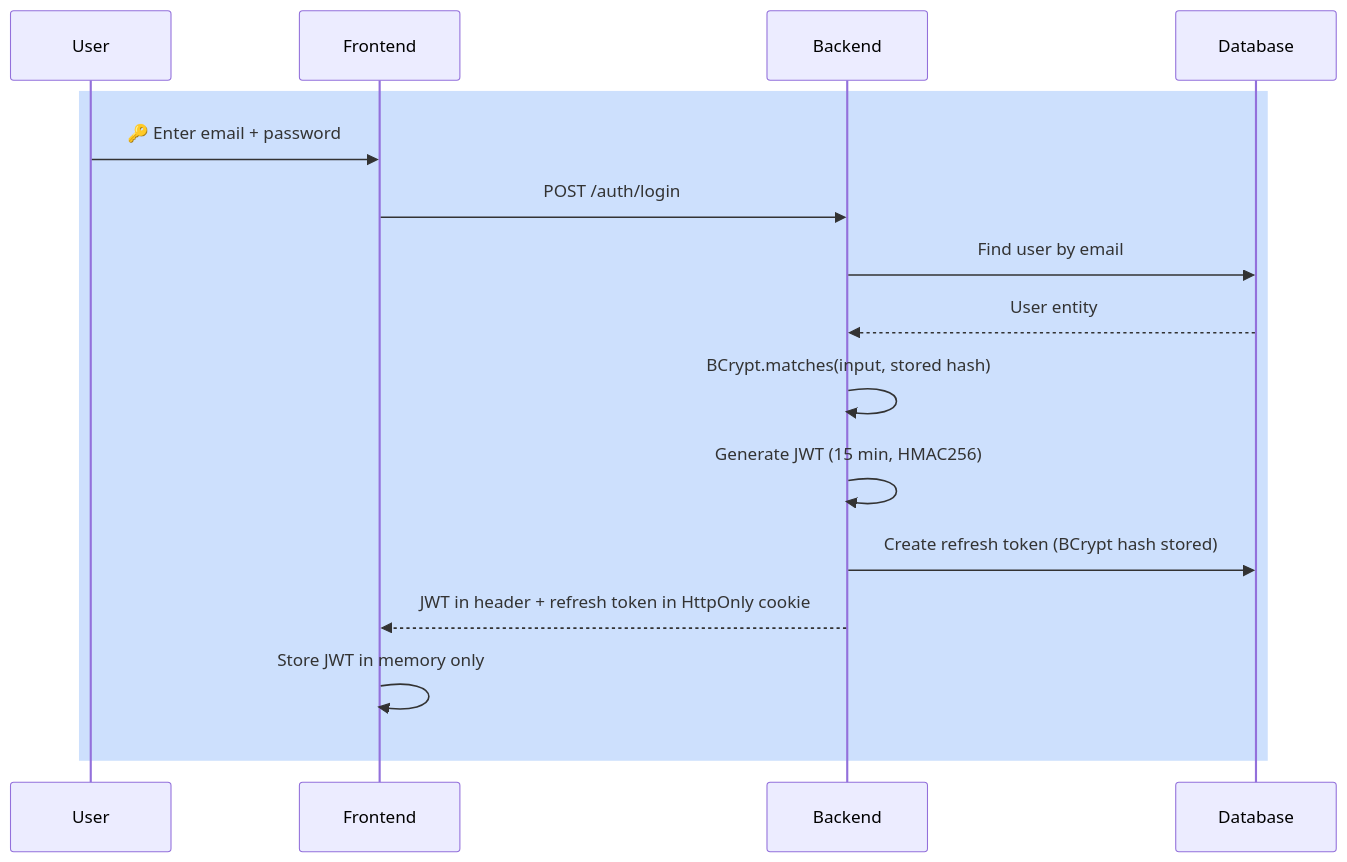
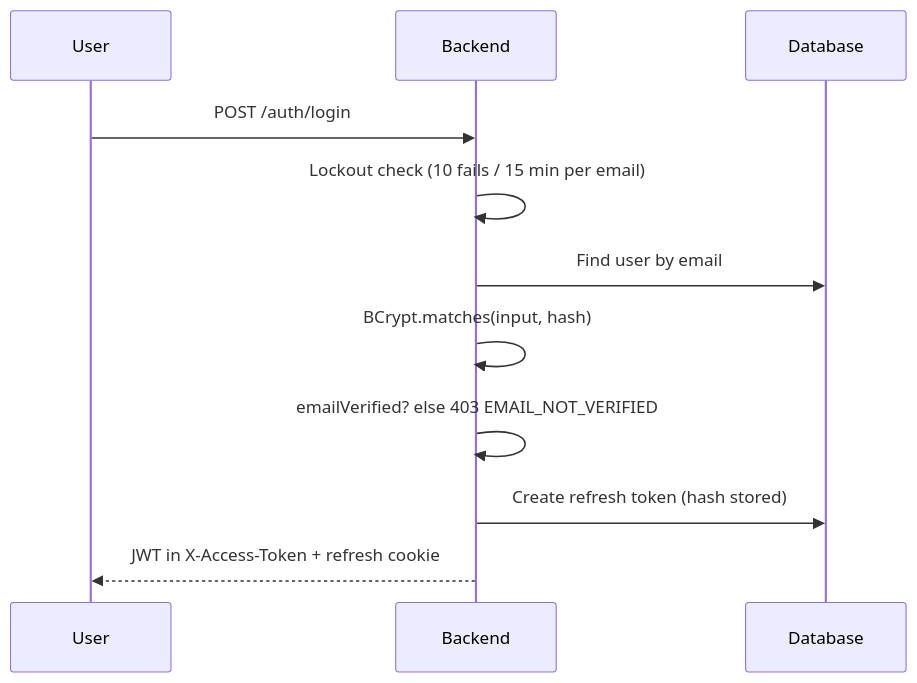
The second of 3 diagrams in architecture/security/en.md (AndDev741/Beyou-arch-design), drawn with Mermaid before and after one commit. The commit also changed other lines of this file and 3 other files, not shown here.

First line of the commit message:
docs(architecture): rewrite the security topic against the real surface

````diff
--- a/architecture/security/en.md
+++ b/architecture/security/en.md
@@ -62,19 +70,14 @@
 ```mermaid
 sequenceDiagram
   participant U as User
-  participant FE as Frontend
   participant BE as Backend
   participant DB as Database
 
-  rect rgba(59, 130, 246, 0.25)
-  U->>FE: 🔑 Enter email + password
-  FE->>BE: POST /auth/login
+  U->>BE: POST /auth/login
+  BE->>BE: Lockout check (10 fails / 15 min per email)
   BE->>DB: Find user by email
-  DB-->>BE: User entity
-  BE->>BE: BCrypt.matches(input, stored hash)
-  BE->>BE: Generate JWT (15 min, HMAC256)
-  BE->>DB: Create refresh token (BCrypt hash stored)
-  BE-->>FE: JWT in header + refresh token in HttpOnly cookie
-  FE->>FE: Store JWT in memory only
-  end
+  BE->>BE: BCrypt.matches(input, hash)
+  BE->>BE: emailVerified? else 403 EMAIL_NOT_VERIFIED
+  BE->>DB: Create refresh token (hash stored)
+  BE-->>U: JWT in X-Access-Token + refresh cookie
 ```
````
